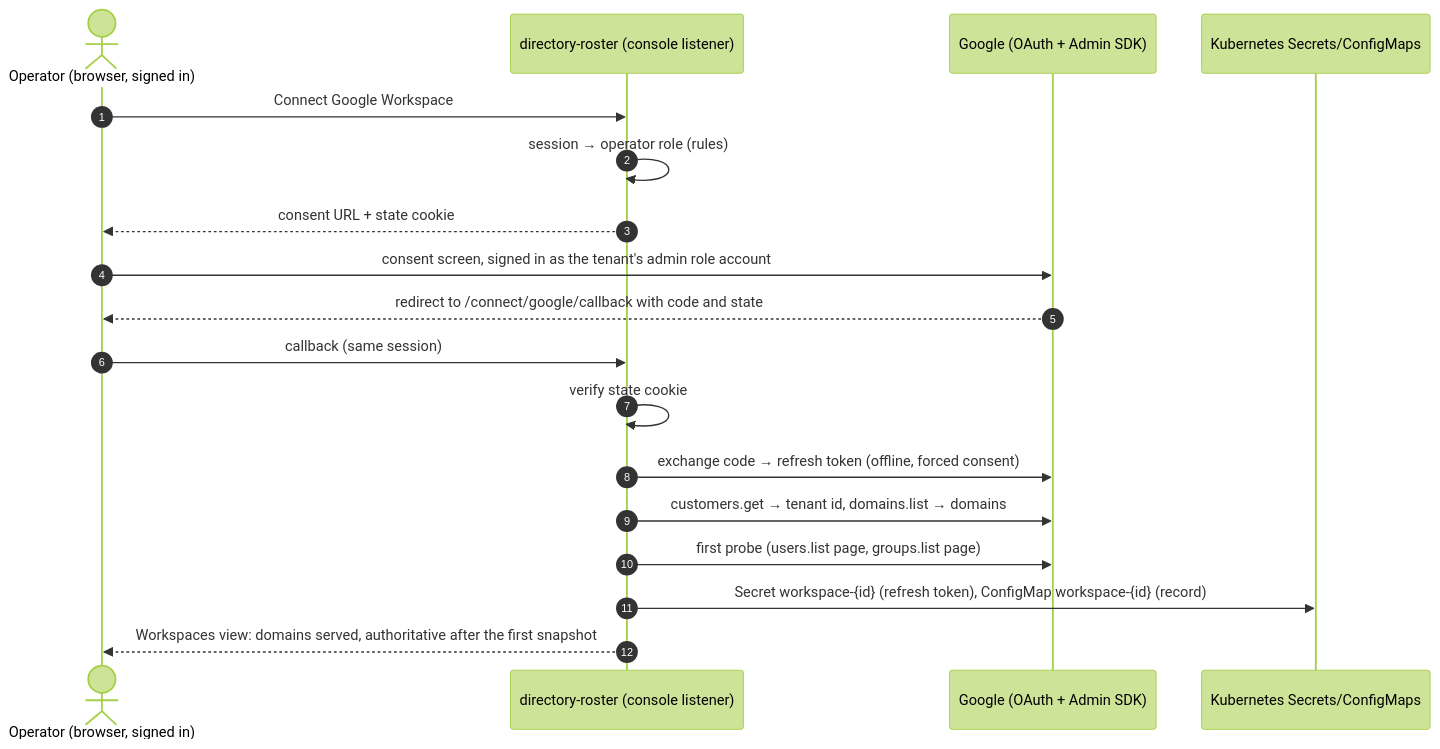
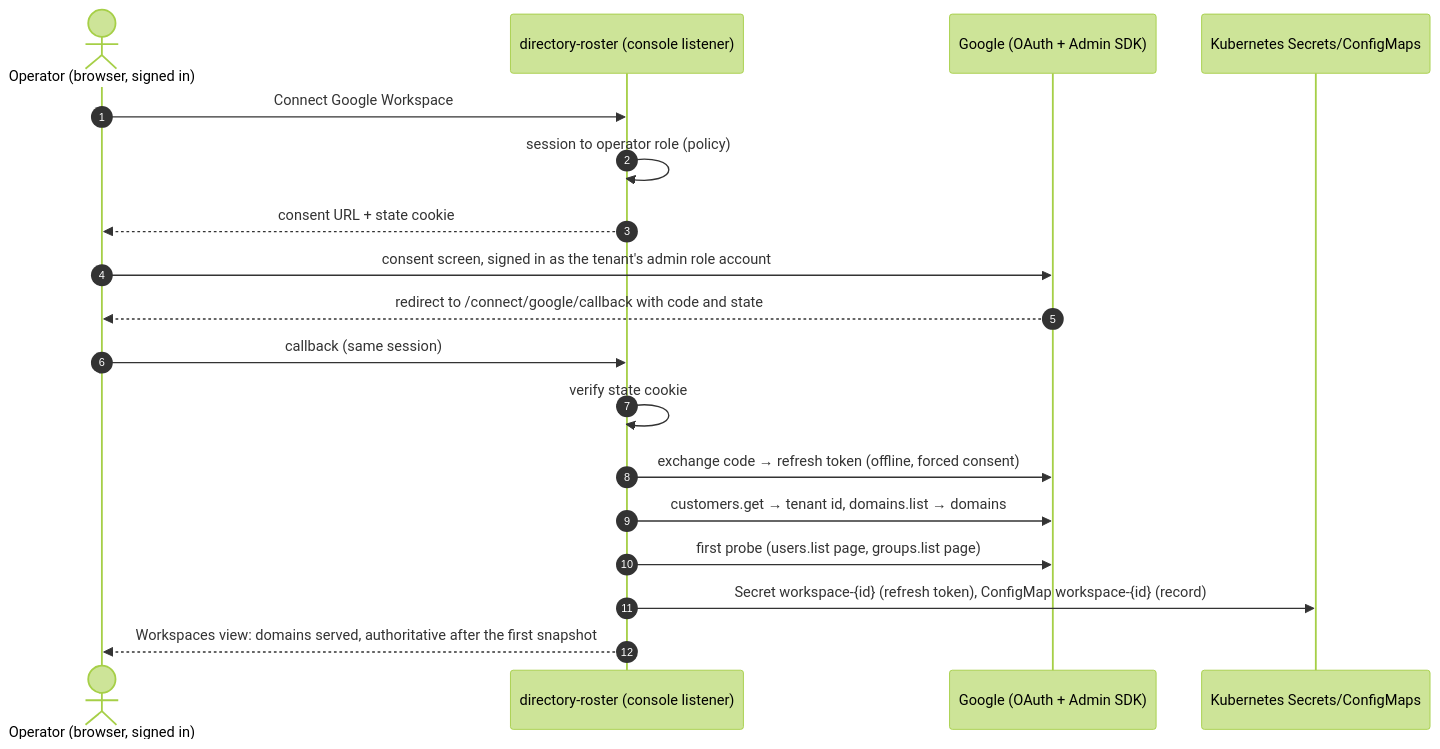
One commit to truvity/access-roster changed the ninth of 11 diagrams in docs/architecture.md. Above: the diagram before and after it, drawn with Mermaid (forest theme). The commit also changed other lines of this file and 21 other files, not shown here.

````diff
--- a/docs/architecture.md
+++ b/docs/architecture.md
@@ -333,20 +333,20 @@
 ```mermaid
 sequenceDiagram
   autonumber
   actor Op as Operator (browser, signed in)
   participant Hub as directory-roster (console listener)
   participant G as Google (OAuth + Admin SDK)
   participant K as Kubernetes Secrets/ConfigMaps
   Op->>Hub: Connect Google Workspace
-  Hub->>Hub: session → operator role (rules)
+  Hub->>Hub: session to operator role (policy)
   Hub-->>Op: consent URL + state cookie
   Op->>G: consent screen, signed in as the tenant's admin role account
   G-->>Op: redirect to /connect/google/callback with code and state
   Op->>Hub: callback (same session)
   Hub->>Hub: verify state cookie
   Hub->>G: exchange code → refresh token (offline, forced consent)
   Hub->>G: customers.get → tenant id, domains.list → domains
   Hub->>G: first probe (users.list page, groups.list page)
   Hub->>K: Secret workspace-{id} (refresh token), ConfigMap workspace-{id} (record)
   Hub-->>Op: Workspaces view: domains served, authoritative after the first snapshot
 ```
````
